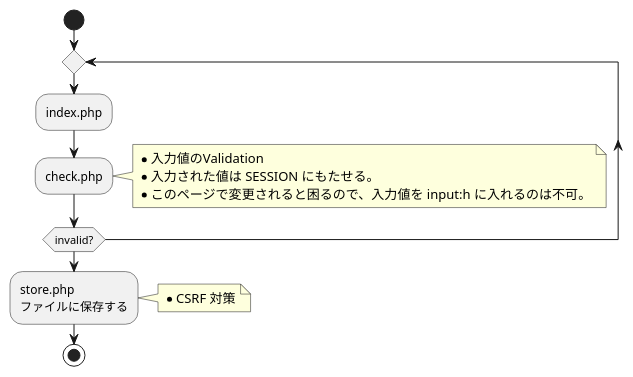
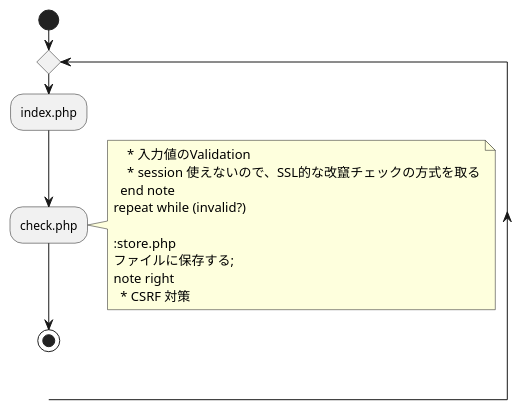
One commit to ndxbn/dc11f75bafcb817f1fd3 changed the diagram in README.md. Above: the diagram before and after it, drawn with PlantUML.

````diff
--- a/README.md
+++ b/README.md
@@ -40,23 +40,22 @@
 ```plantuml
 @startuml
 start
 
 repeat
   :index.php;
   :check.php;
   note right
     * 入力値のValidation
-    * 入力された値は SESSION にもたせる。
-    * このページで変更されると困るので、入力値を input:h に入れるのは不可。
-  end note
+    * session 使えないので、SSL的な改竄チェックの方式を取る
+  end note
 repeat while (invalid?)
 
 :store.php
 ファイルに保存する;
 note right
   * CSRF 対策
 end note
 
 stop
 @enduml
 ```
````
